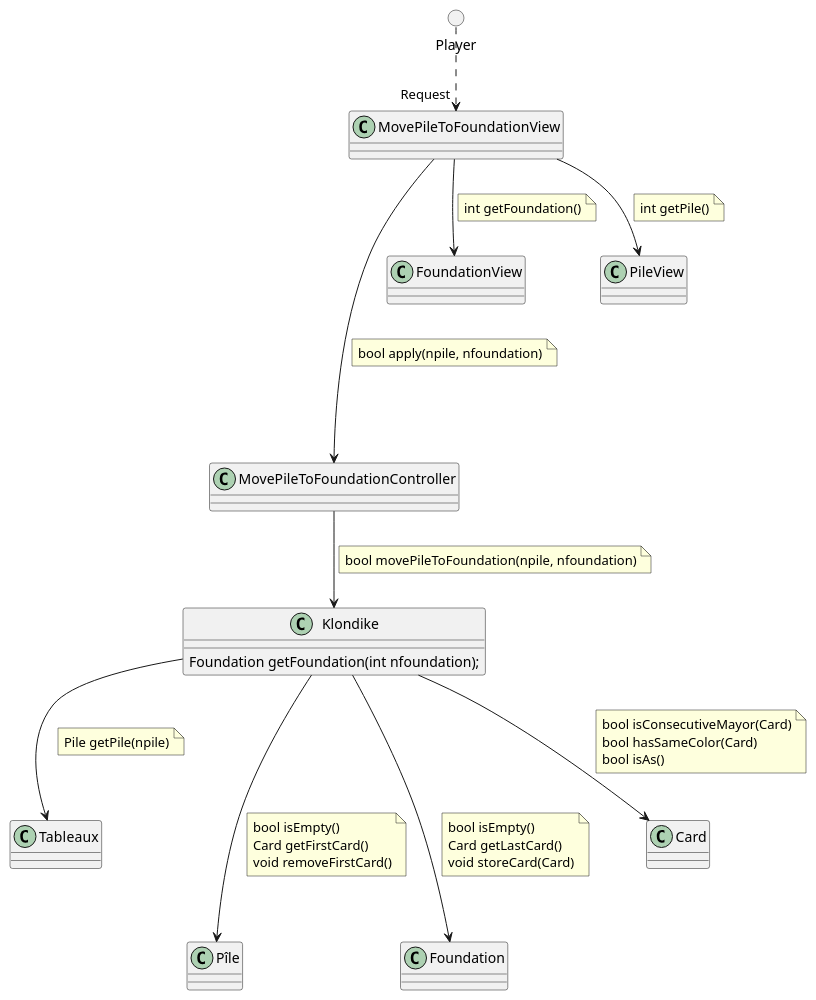
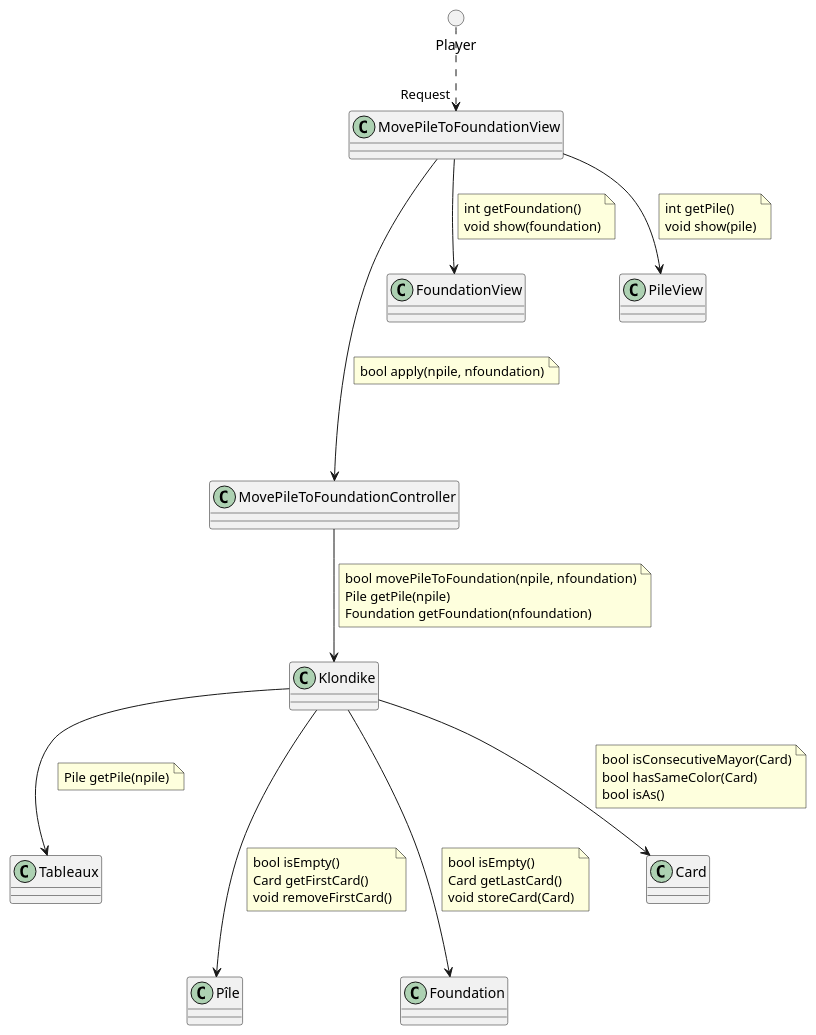
The diagram in analysis/collaboration/MovePileToFoundation.puml (ciscoruiz/klondike), drawn with PlantUML before and after one commit. The commit also changed 1 other file, not shown here.

Commit message:
Take account of showing the result after the movement for MoveFoundationToPile and MovePileToFoundation

```diff
--- a/analysis/collaboration/MovePileToFoundation.puml
+++ b/analysis/collaboration/MovePileToFoundation.puml
@@ -1,37 +1,35 @@
 @startuml
 class MovePileToFoundationView
 class MovePileToFoundationController
 class Klondike
 circle Player
 
 Player ..> "Request" MovePileToFoundationView
 
 MovePileToFoundationView --> FoundationView
-note on link: int getFoundation()
+note on link: int getFoundation()\nvoid show(foundation)
 
 MovePileToFoundationView --> PileView
-note on link: int getPile()
+note on link: int getPile()\nvoid show(pile)
 
 MovePileToFoundationView ----> MovePileToFoundationController
 note on link: bool apply(npile, nfoundation)
 
 MovePileToFoundationController --> Klondike
-note on link: bool movePileToFoundation(npile, nfoundation)
+note on link: bool movePileToFoundation(npile, nfoundation)\nPile getPile(npile)\nFoundation getFoundation(nfoundation)
 
-class Klondike {
-   Foundation getFoundation(int nfoundation);
-}
+class Klondike
 
 Klondike --> Tableaux
 note on link: Pile getPile(npile)
 
 Klondike ---> Pîle
 note on link: bool isEmpty()\nCard getFirstCard()\nvoid removeFirstCard()
 
 Klondike ---> Foundation
 note on link: bool isEmpty()\nCard getLastCard()\nvoid storeCard(Card)
 
 Klondike --> Card
 note on link: bool isConsecutiveMayor(Card)\nbool hasSameColor(Card)\nbool isAs()
 
 @enduml
```
